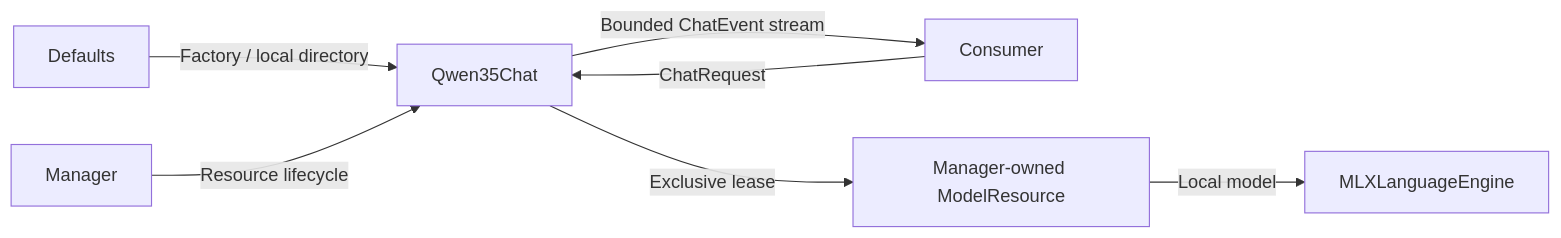
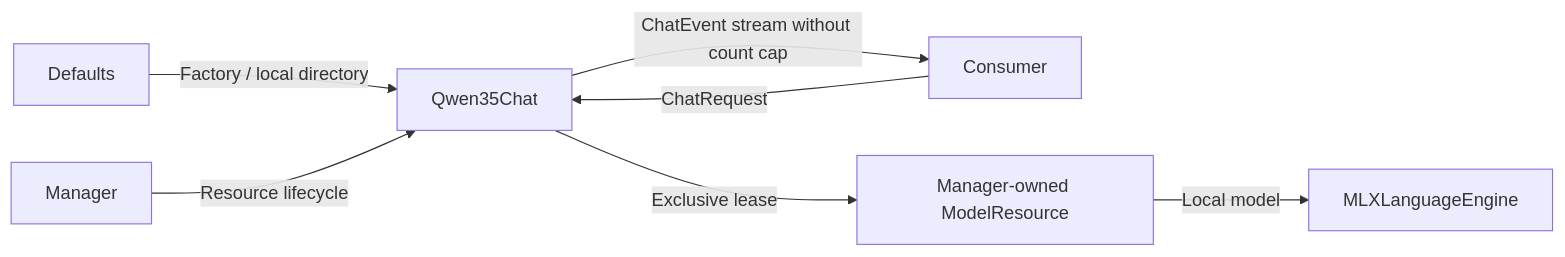
One commit to devilyouwei/MobileHarness changed the first of 2 diagrams in MobileHarness/ModelKit/Language/LLM/Qwen35/README.md. Above: the diagram before and after it, drawn with Mermaid. The commit also changed other lines of this file and 109 other files, not shown here.

````diff
--- a/MobileHarness/ModelKit/Language/LLM/Qwen35/README.md
+++ b/MobileHarness/ModelKit/Language/LLM/Qwen35/README.md
@@ -11,9 +11,9 @@
 ```mermaid
 flowchart LR
     Defaults -->|Factory / local directory| Qwen35Chat
     Manager -->|Resource lifecycle| Qwen35Chat
     Consumer -->|ChatRequest| Qwen35Chat
     Qwen35Chat -->|Exclusive lease| Resource[Manager-owned ModelResource]
     Resource -->|Local model| MLXLanguageEngine
-    Qwen35Chat -->|Bounded ChatEvent stream| Consumer
+    Qwen35Chat -->|ChatEvent stream without count cap| Consumer
 ```
````
